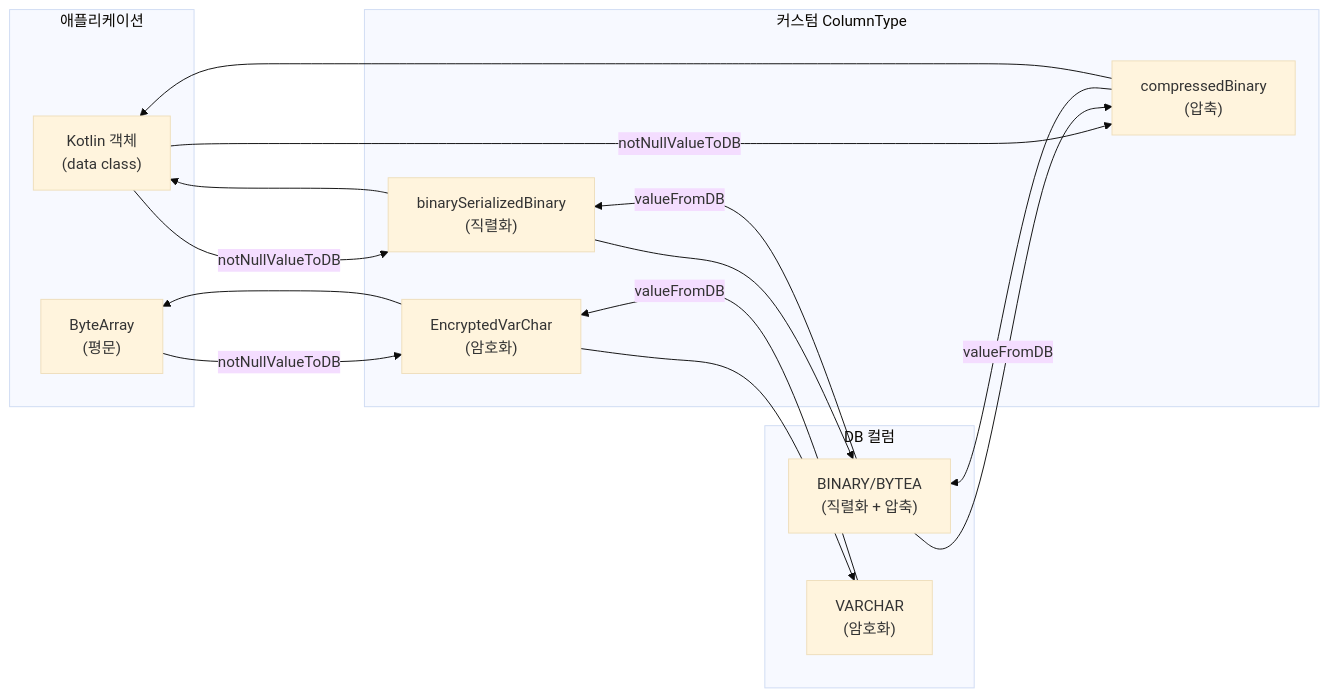
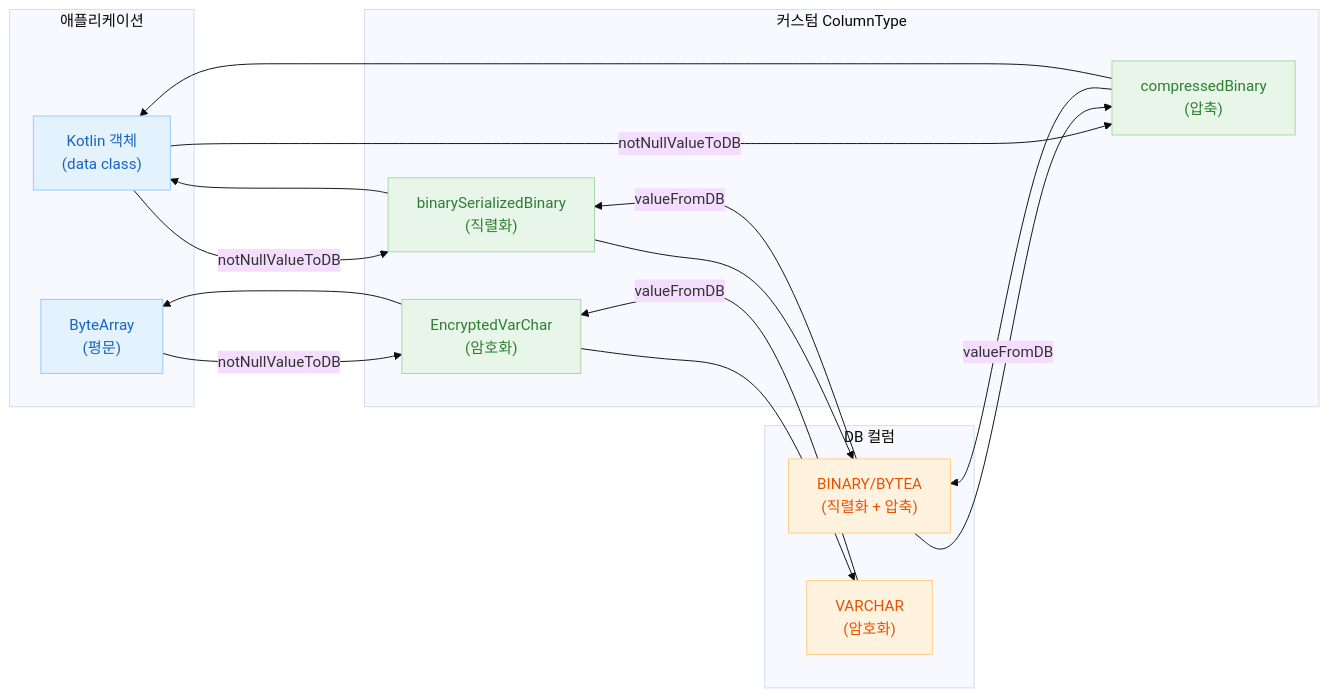
Before and after one commit to bluetape4k/exposed-workshop: the first of 2 diagrams in 06-advanced/06-custom-columns/README.md, drawn with Mermaid (base theme). The commit also changed other lines of this file and 56 other files, not shown here.

First line of the commit message:
docs: 전체 README mermaid 다이어그램에 파스텔 톤 색상 적용

````diff
--- a/06-advanced/06-custom-columns/README.md
+++ b/06-advanced/06-custom-columns/README.md
@@ -23,23 +23,31 @@
 ```mermaid
 flowchart LR
     subgraph App["애플리케이션"]
         OBJ["Kotlin 객체\n(data class)"]
         BYTES["ByteArray\n(평문)"]
     end
 
     subgraph ColumnType["커스텀 ColumnType"]
         SER["binarySerializedBinary\n(직렬화)"]
         COMP["compressedBinary\n(압축)"]
         ENC["EncryptedVarChar\n(암호화)"]
     end
 
     subgraph DB["DB 컬럼"]
         BINARY["BINARY/BYTEA\n(직렬화 + 압축)"]
         VARCHAR["VARCHAR\n(암호화)"]
     end
 
     OBJ -->|notNullValueToDB| SER & COMP --> BINARY
     BINARY -->|valueFromDB| SER & COMP --> OBJ
     BYTES -->|notNullValueToDB| ENC --> VARCHAR
     VARCHAR -->|valueFromDB| ENC --> BYTES
+
+    classDef blue fill:#E3F2FD,stroke:#90CAF9,color:#1565C0
+    classDef green fill:#E8F5E9,stroke:#A5D6A7,color:#2E7D32
+    classDef orange fill:#FFF3E0,stroke:#FFCC80,color:#E65100
+
+    class OBJ,BYTES blue
+    class SER,COMP,ENC green
+    class BINARY,VARCHAR orange
 ```
````
